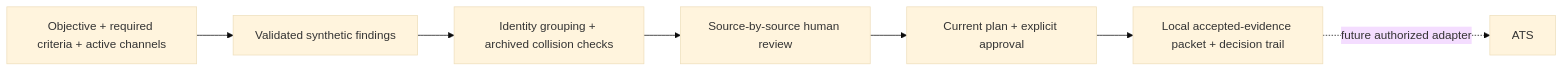
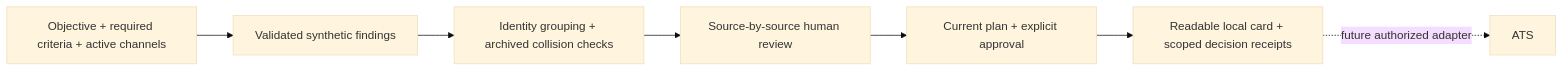
Before and after one commit to DiadkoShmek/talent-research-workflow-prototype: the diagram in README.md, drawn with Mermaid (base theme). The commit also changed other lines of this file and 22 other files, not shown here.

Commit message:
Add readable recipient handoff with scoped decision receipts

````diff
--- a/README.md
+++ b/README.md
@@ -50,9 +52,9 @@
 ```mermaid
 flowchart LR
     A[Objective + required criteria + active channels] --> B[Validated synthetic findings]
     B --> C[Identity grouping + archived collision checks]
     C --> D[Source-by-source human review]
     D --> E[Current plan + explicit approval]
-    E --> F[Local accepted-evidence packet + decision trail]
+    E --> F[Readable local card + scoped decision receipts]
     F -. future authorized adapter .-> G[ATS]
 ```
````
